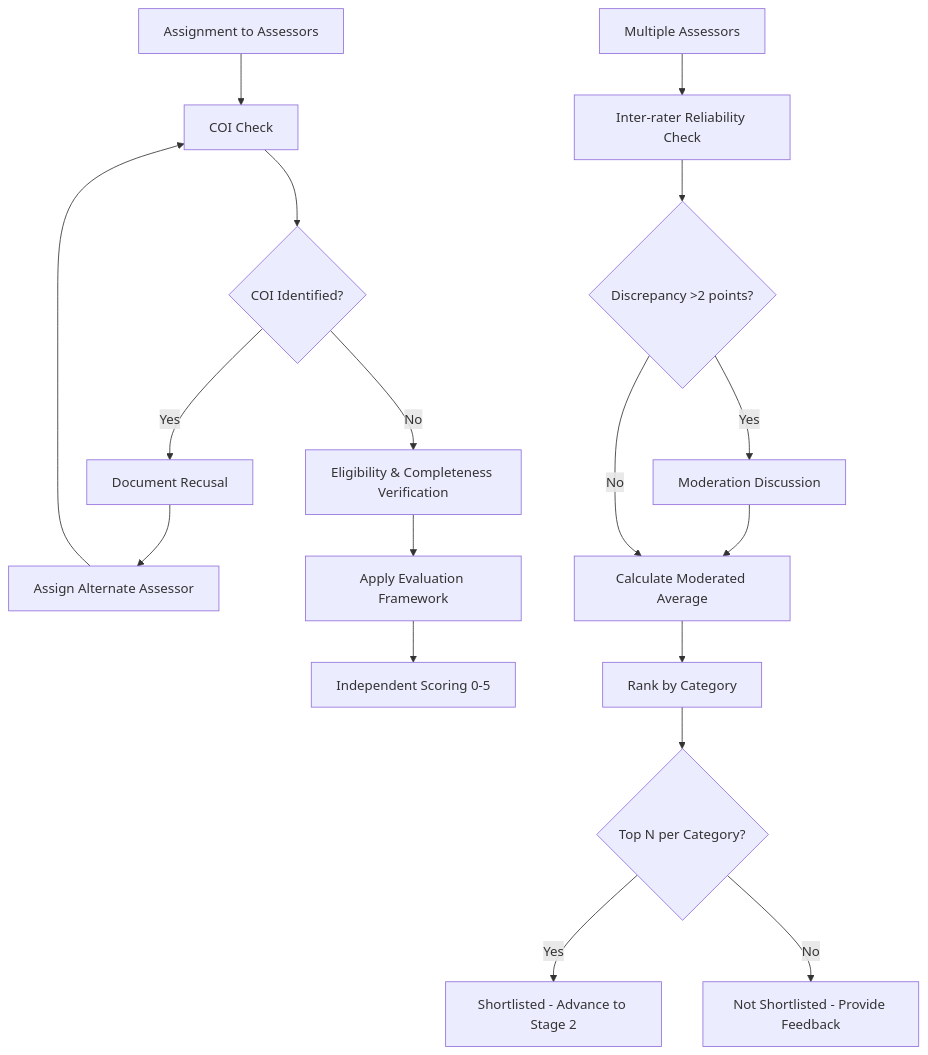
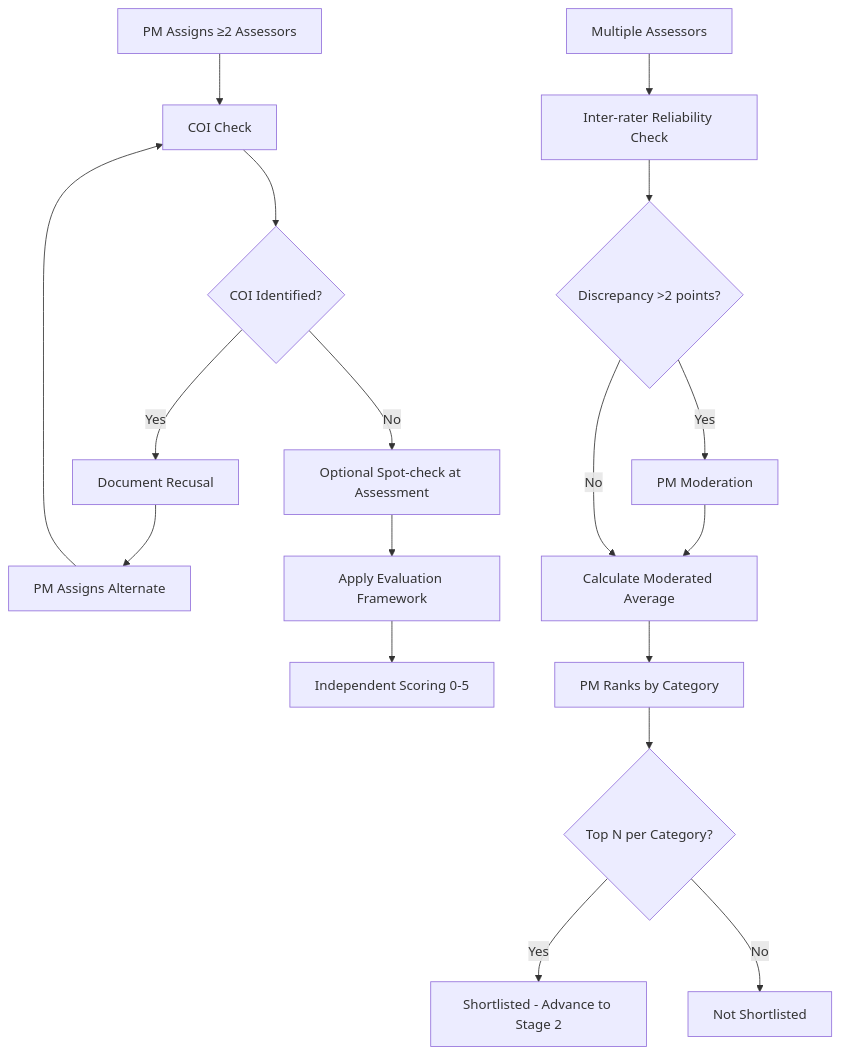
One commit to baloghp/PBF changed the first of 2 diagrams in Confluence/Project-Contractor-Of-The-Year-Award/129204226 - 2.0 Assessment.md. Above: the diagram before and after it, drawn with Mermaid. The commit also changed other lines of this file and 233 other files, not shown here.

````diff
--- a/Confluence/Project-Contractor-Of-The-Year-Award/129204226 - 2.0 Assessment.md
+++ b/Confluence/Project-Contractor-Of-The-Year-Award/129204226 - 2.0 Assessment.md
@@ -20,20 +27,20 @@
 ```mermaid
 flowchart TD
-    A[Assignment to Assessors] --> B[COI Check]
+    A[PM Assigns ≥2 Assessors] --> B[COI Check]
     B --> C{COI Identified?}
     C -->|Yes| D[Document Recusal]
-    D --> E[Assign Alternate Assessor]
+    D --> E[PM Assigns Alternate]
     E --> B
-    C -->|No| F[Eligibility & Completeness Verification]
+    C -->|No| F[Optional Spot-check at Assessment]
     F --> G[Apply Evaluation Framework]
     G --> H[Independent Scoring 0-5]
     I[Multiple Assessors] --> J[Inter-rater Reliability Check]
     J --> K{Discrepancy >2 points?}
-    K -->|Yes| L[Moderation Discussion]
+    K -->|Yes| L[PM Moderation]
     L --> M[Calculate Moderated Average]
     K -->|No| M
-    M --> N[Rank by Category]
+    M --> N[PM Ranks by Category]
     N --> O{Top N per Category?}
     O -->|Yes| P[Shortlisted - Advance to Stage 2]
-    O -->|No| Q[Not Shortlisted - Provide Feedback]
+    O -->|No| Q[Not Shortlisted]
 ```
````
